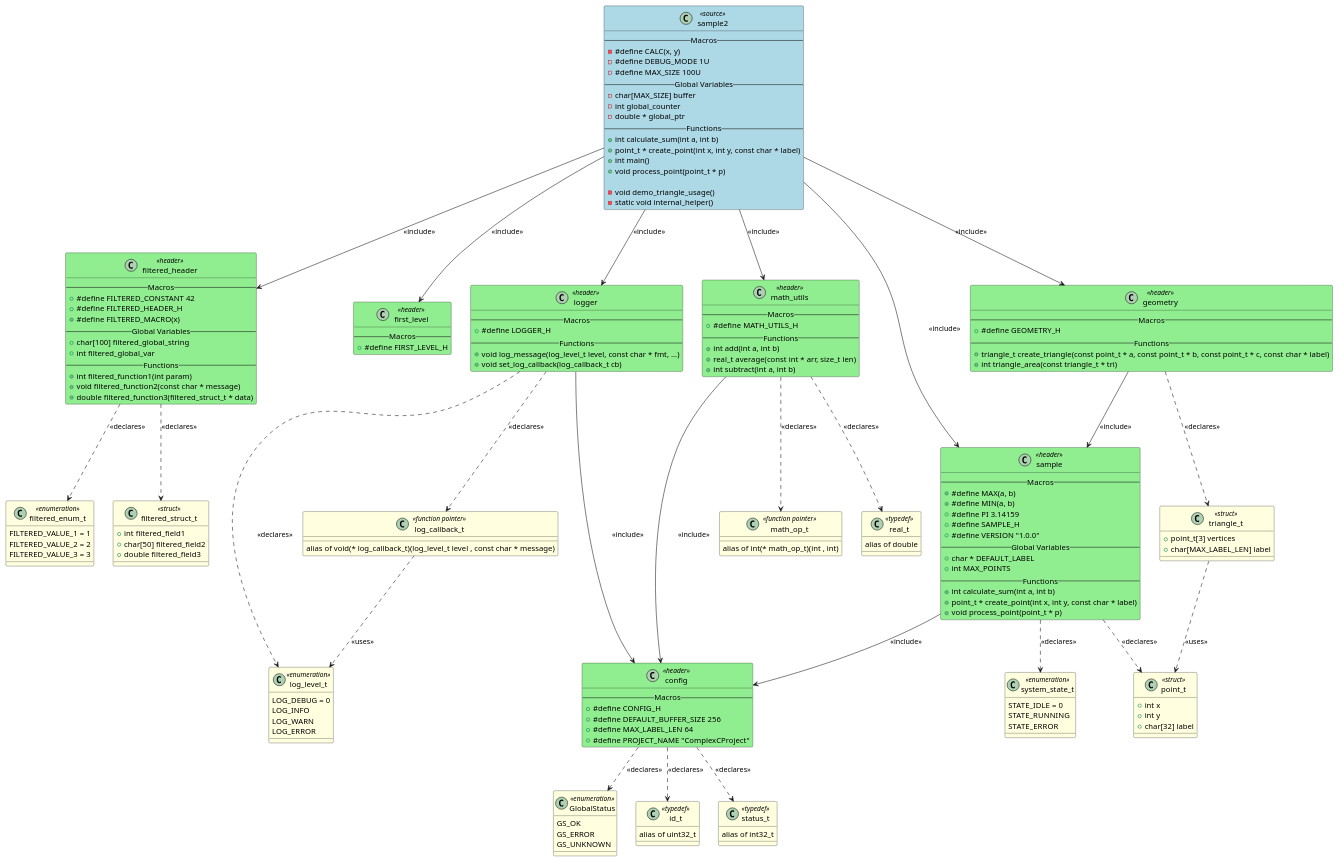
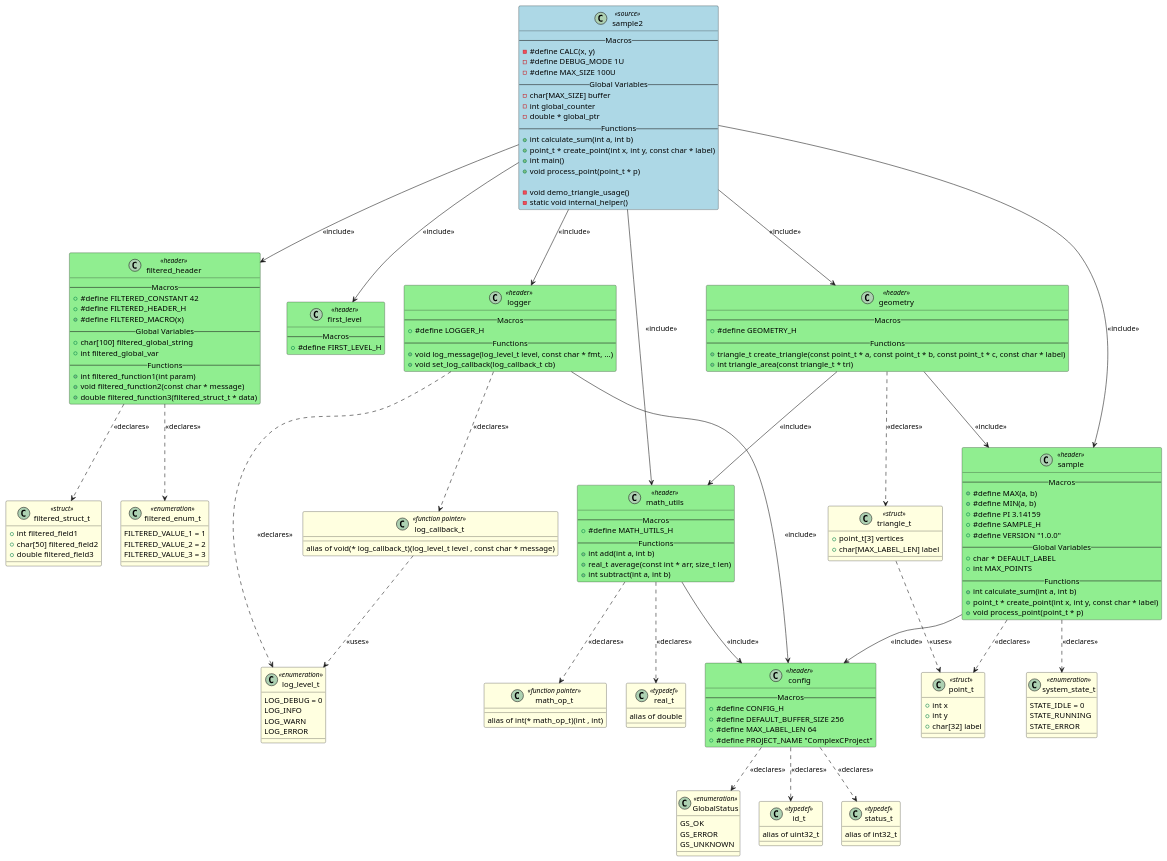
The diagram in artifacts/output_example/sample2.puml (fischerjooo/c2puml), drawn with PlantUML before and after one commit. The commit also changed 11 other files, not shown here.

```diff
--- a/artifacts/output_example/sample2.puml
+++ b/artifacts/output_example/sample2.puml
@@ -171,6 +171,7 @@
 
 
 ' Include relationships
+HEADER_GEOMETRY --> HEADER_MATH_UTILS : <<include>>
 HEADER_GEOMETRY --> HEADER_SAMPLE : <<include>>
 HEADER_LOGGER --> HEADER_CONFIG : <<include>>
 HEADER_MATH_UTILS --> HEADER_CONFIG : <<include>>
```
